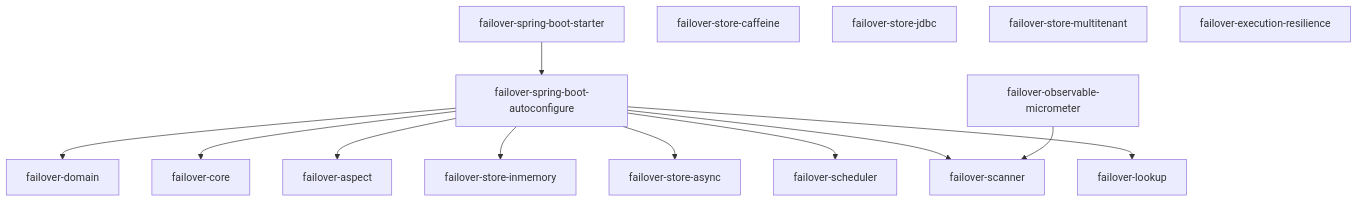
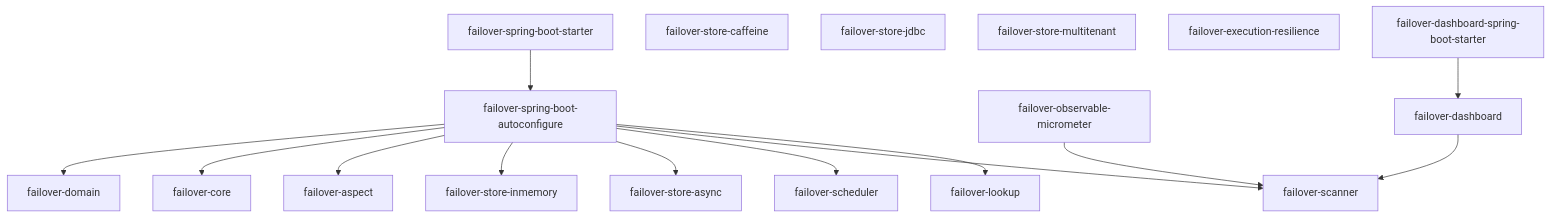
Before and after one commit to societe-generale/failover: the diagram in docs/modules/index.md, drawn with Mermaid. The commit also changed other lines of this file and 47 other files, not shown here.

First line of the commit message:
feat: failover dashboard for monitoring (#160)

````diff
--- a/docs/modules/index.md
+++ b/docs/modules/index.md
@@ -9,29 +9,33 @@
 ```mermaid
 flowchart TD
     STARTER[failover-spring-boot-starter]
     AC[failover-spring-boot-autoconfigure]
     DOMAIN[failover-domain]
     CORE[failover-core]
     ASPECT[failover-aspect]
     IMM[failover-store-inmemory]
     CAF[failover-store-caffeine]
     JDBC[failover-store-jdbc]
     ASYNC[failover-store-async]
     MT[failover-store-multitenant]
     RES[failover-execution-resilience]
     SCHED[failover-scheduler]
     SCAN[failover-scanner]
     LOOKUP[failover-lookup]
     MIC[failover-observable-micrometer]
+    DASHSTARTER[failover-dashboard-spring-boot-starter]
+    DASH[failover-dashboard]
 
     STARTER --> AC
     AC --> DOMAIN
     AC --> CORE
     AC --> ASPECT
     AC --> IMM
     AC --> ASYNC
     AC --> SCHED
     AC --> SCAN
     AC --> LOOKUP
     MIC --> SCAN
+    DASHSTARTER --> DASH
+    DASH --> SCAN
 ```
````
